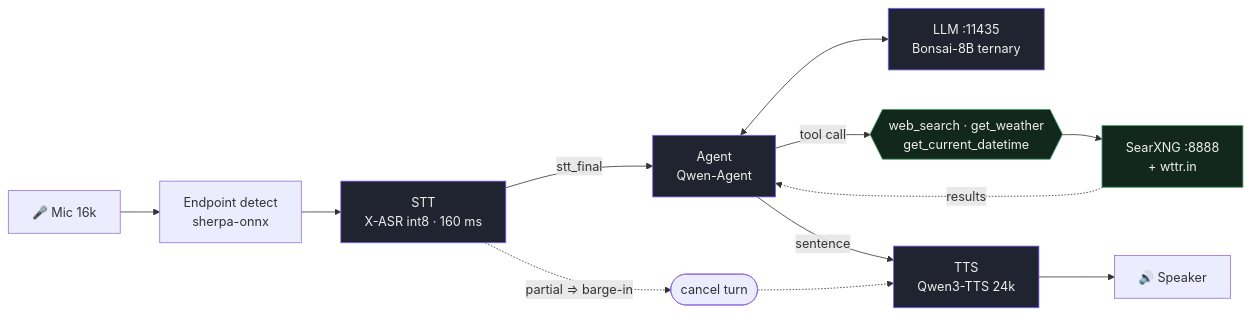
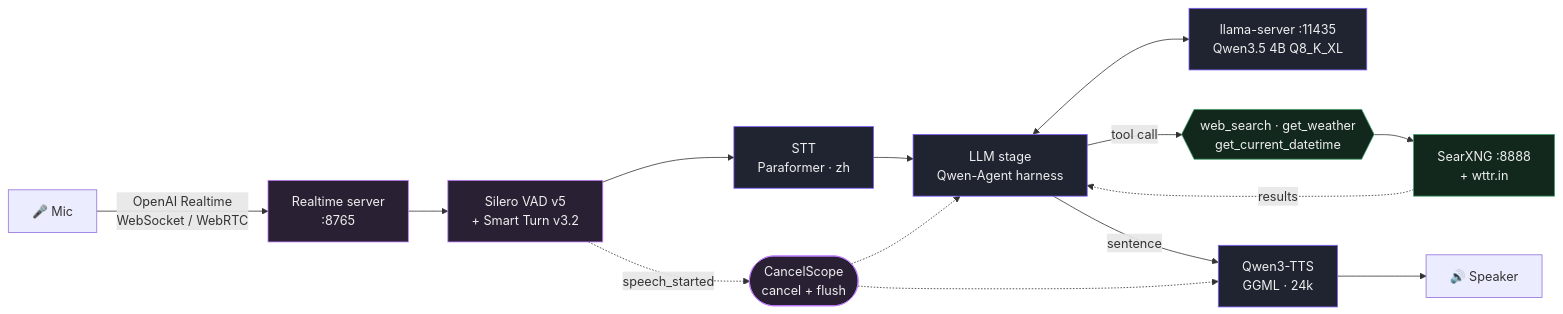
Before and after one commit to vieenrose/voice-chat: the diagram in README.md, drawn with Mermaid. The commit also changed other lines of this file and 3 other files, not shown here.

````diff
--- a/README.md
+++ b/README.md
@@ -9,19 +11,23 @@
 ```mermaid
 flowchart LR
-    Mic["🎤 Mic 16k"] --> EP["Endpoint detect<br/>sherpa-onnx"]
-    EP --> STT["STT<br/>X-ASR int8 · 160 ms"]
-    STT -->|stt_final| AG["Agent<br/>Qwen-Agent"]
-    AG <--> LLM["LLM :11435<br/>Bonsai-8B ternary"]
+    Mic["🎤 Mic"] -->|OpenAI Realtime<br/>WebSocket / WebRTC| RT["Realtime server<br/>:8765"]
+    RT --> VAD["Silero VAD v5<br/>+ Smart Turn v3.2"]
+    VAD --> STT["STT<br/>Paraformer · zh"]
+    STT --> AG["LLM stage<br/>Qwen-Agent harness"]
+    AG <--> LLM["llama-server :11435<br/>Qwen3.5 4B Q8_K_XL"]
     AG -->|tool call| T{{"web_search · get_weather<br/>get_current_datetime"}}
     T --> SX["SearXNG :8888<br/>+ wttr.in"]
     SX -.results.-> AG
-    AG -->|sentence| TTS["TTS<br/>Qwen3-TTS 24k"]
+    AG -->|sentence| TTS["Qwen3-TTS<br/>GGML · 24k"]
     TTS --> SPK["🔊 Speaker"]
-    STT -.->|"partial ⇒ barge-in"| CANCEL(["cancel turn"])
-    CANCEL -.-> TTS
+    VAD -.->|speech_started| CS(["CancelScope<br/>cancel + flush"])
+    CS -.-> AG
+    CS -.-> TTS
 
     classDef m fill:#1f2430,stroke:#7c5cff,color:#eee
     classDef s fill:#12281c,stroke:#3f9e6a,color:#eee
+    classDef f fill:#2a2033,stroke:#c07cff,color:#eee
     class STT,LLM,TTS,AG m
     class SX,T s
+    class RT,VAD,CS f
 ```
````
